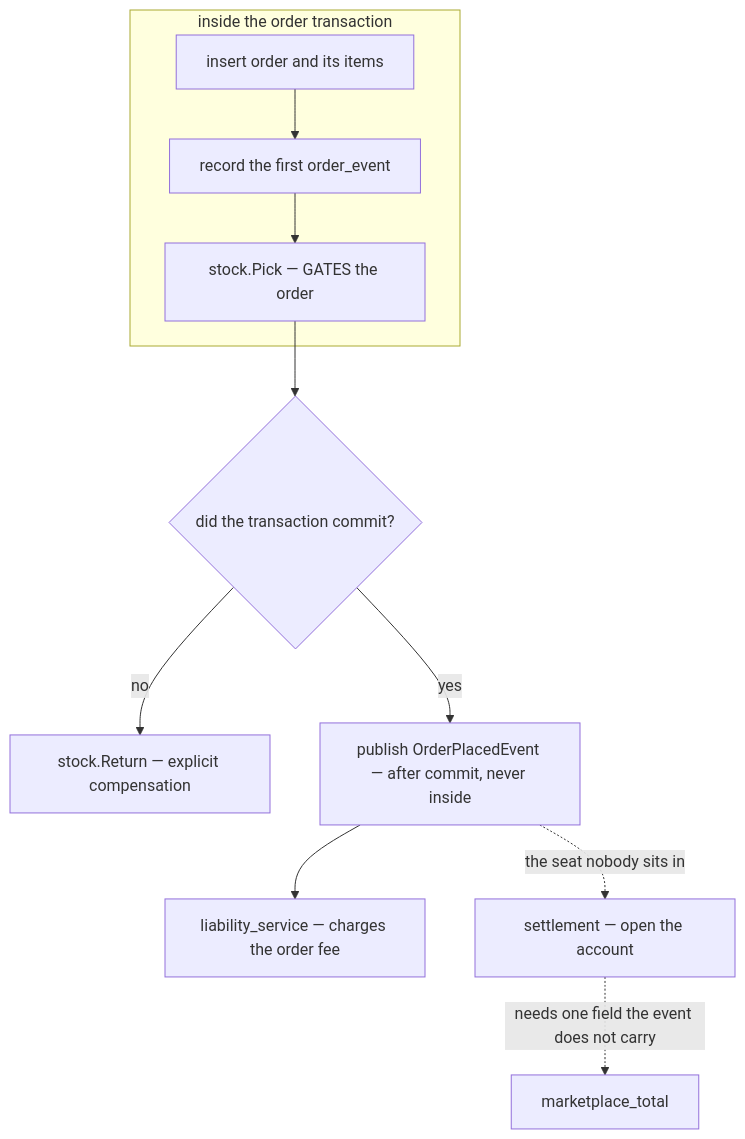
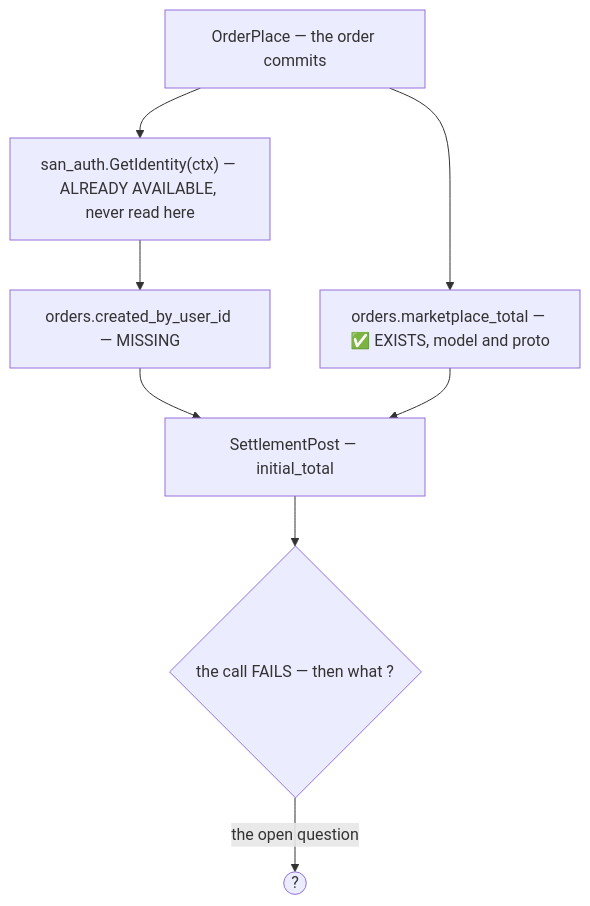
The fourth of 11 diagrams in docs/business/settlement/context_clarify.md (pdcgo/warehouse_revamp), drawn with Mermaid before and after one commit. The commit also changed other lines of this file and 10 other files, not shown here.

````diff
--- a/docs/business/settlement/context_clarify.md
+++ b/docs/business/settlement/context_clarify.md
@@ -570,13 +554,10 @@
 ```mermaid
 flowchart TB
-  subgraph "inside the order transaction"
-    A["insert order and its items"] --> B["record the first order_event"]
-    B --> C["stock.Pick — GATES the order"]
-  end
-  C --> D{"did the transaction commit?"}
-  D -->|"no"| E["stock.Return — explicit compensation"]
-  D -->|"yes"| F["publish OrderPlacedEvent — after commit, never inside"]
-  F --> G["liability_service — charges the order fee"]
-  F -.->|"the seat nobody sits in"| H["settlement — open the account"]
-  H -.->|"needs one field the event does not carry"| M["marketplace_total"]
+  P["OrderPlace — the order commits"] --> ID["san_auth.GetIdentity(ctx) — ALREADY AVAILABLE, never read here"]
+  ID --> COL["orders.created_by_user_id — MISSING"]
+  P --> MT["orders.marketplace_total — ✅ EXISTS, model and proto"]
+  COL --> CALL["SettlementPost — initial_total"]
+  MT --> CALL
+  CALL --> Q{"the call FAILS — then what ?"}
+  Q -->|"the open question"| E(("?"))
 ```
````
